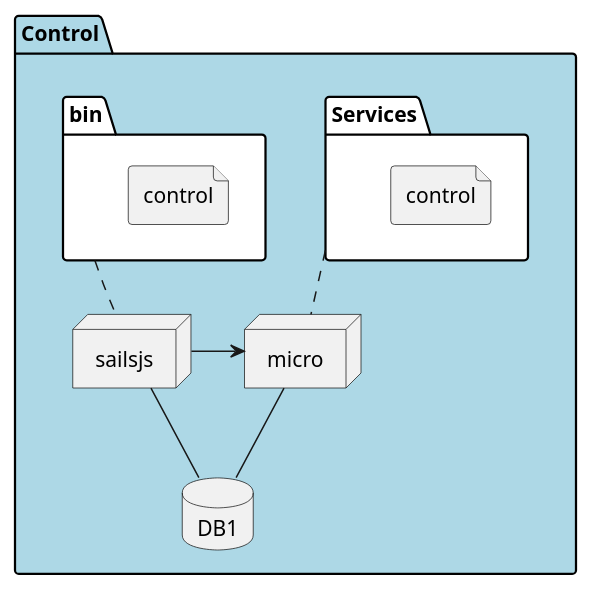
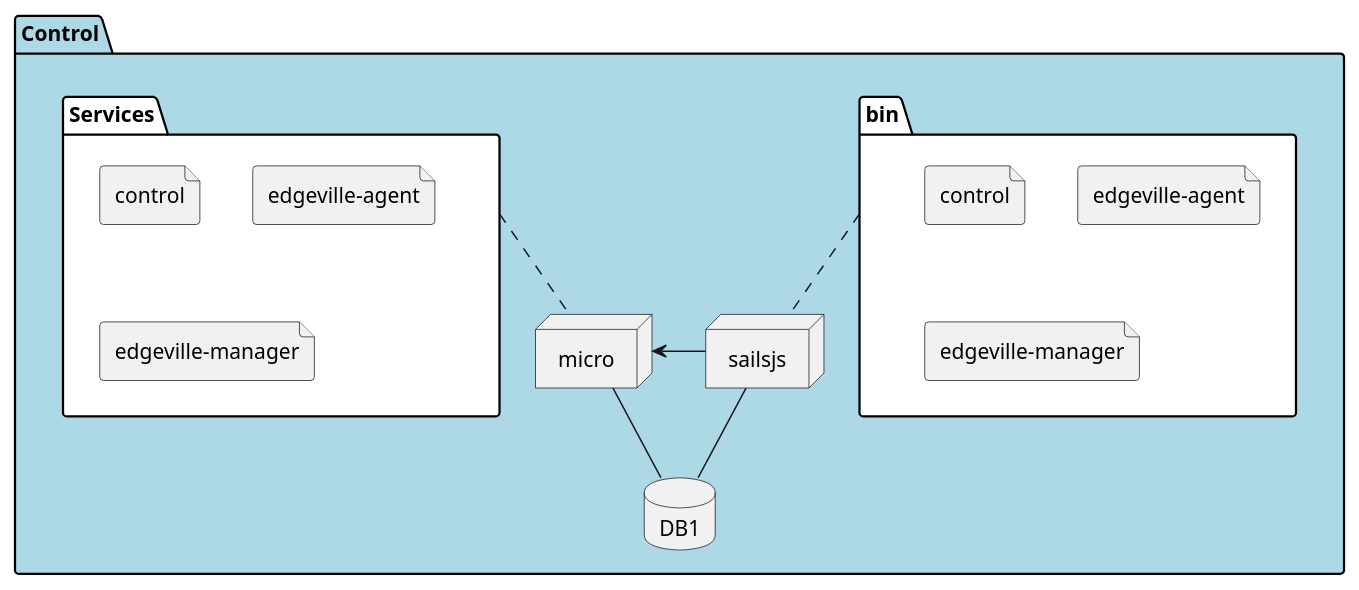
The diagram in docs/Solution/Control/Deployment.puml (CAADE/edgeville), drawn with PlantUML before and after one commit. The commit also changed 509 other files, not shown here.

```diff
--- a/docs/Solution/Control/Deployment.puml
+++ b/docs/Solution/Control/Deployment.puml
@@ -1,25 +1,29 @@
 @startuml
 
 package  "Control"  #lightblue {
   folder bin #ffffff {
     file control as bc
+    file "edgeville-agent" as bea
+    file "edgeville-manager" as bem
   }
 
   folder Services #ffffff {
     file control as sc
+    file "edgeville-agent" as sea
+    file "edgeville-manager" as sem
   }
 
   node micro
 
   node sailsjs
   database DB1
 
   sailsjs -- DB1
   bin .. sailsjs
   Services .. micro
 
   micro -- DB1
   sailsjs -> micro
 }
 
 @enduml
```
